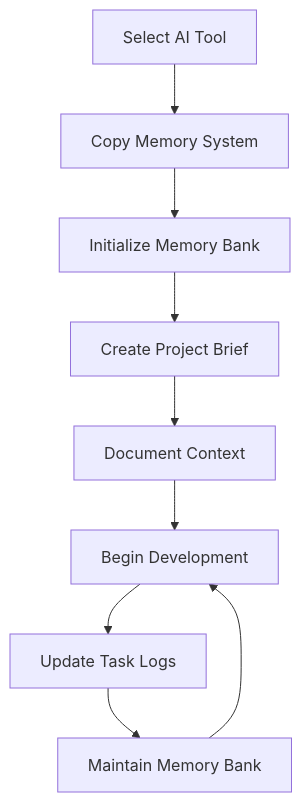
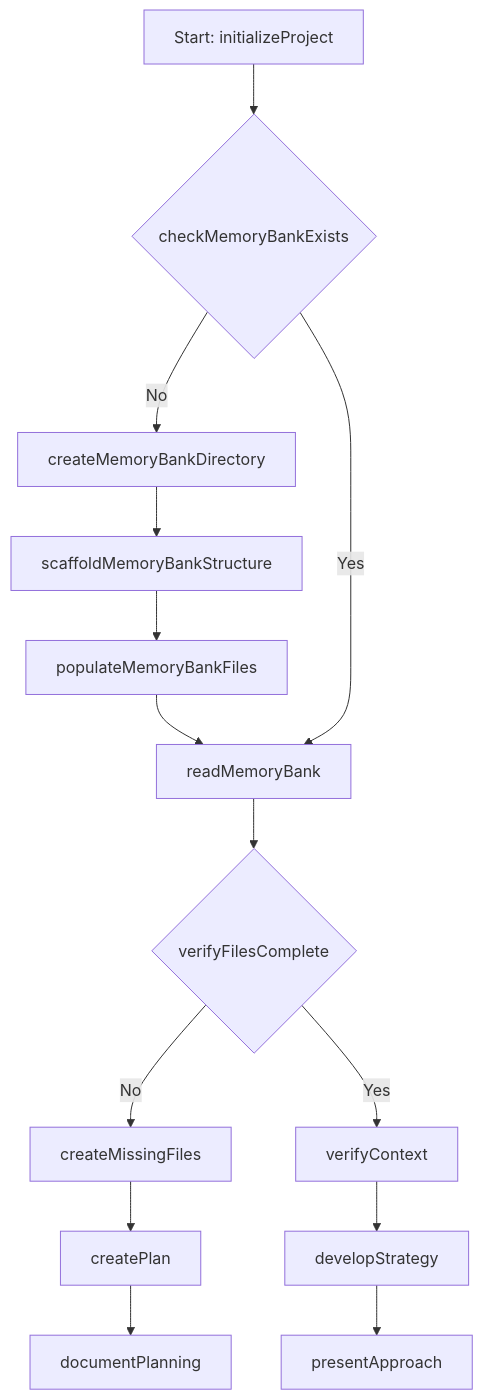
One commit to Elixir-Software-Developer/code-prompt-project changed the first of 2 diagrams in README.md. Above: the diagram before and after it, drawn with Mermaid. The commit also changed other lines of this file, not shown here.

````diff
--- a/README.md
+++ b/README.md
@@ -54,11 +30,22 @@
 ```mermaid
 flowchart TD
-    A[Select AI Tool] --> B[Copy Memory System]
-    B --> C[Initialize Memory Bank]
-    C --> D[Create Project Brief]
-    D --> E[Document Context]
-    E --> F[Begin Development]
-    F --> G[Update Task Logs]
-    G --> H[Maintain Memory Bank]
-    H --> F
+    Start[Start: initializeProject] --> CheckExists{checkMemoryBankExists}
+    
+    CheckExists -->|No| CreateDir[createMemoryBankDirectory]
+    CreateDir --> ScaffoldMB[scaffoldMemoryBankStructure]
+    ScaffoldMB --> PopulateFiles[populateMemoryBankFiles]
+    PopulateFiles --> ReadFiles[readMemoryBank]
+    
+    CheckExists -->|Yes| ReadFiles
+    
+    ReadFiles --> CheckFiles{verifyFilesComplete}
+    
+    CheckFiles -->|No| CreateMissing[createMissingFiles]
+    CreateMissing --> Plan[createPlan]
+    
+    CheckFiles -->|Yes| Verify[verifyContext]
+    
+    Plan --> Document[documentPlanning]
+    Verify --> Strategy[developStrategy]
+    Strategy --> Present[presentApproach]
 ```
````
